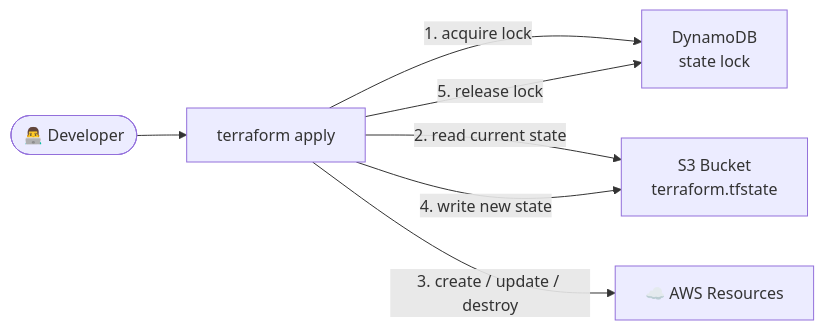
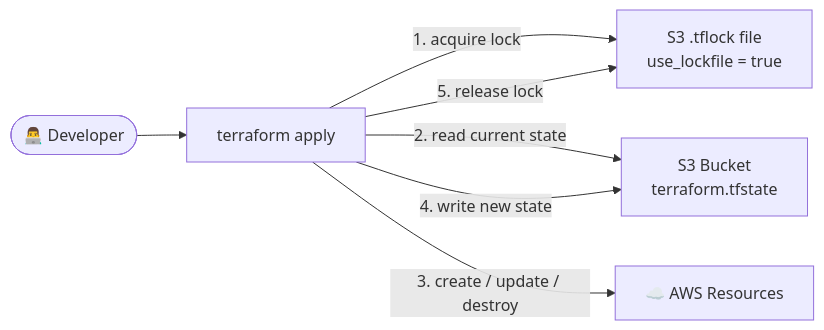
Before and after one commit to luzero-luvis/terraform-aws-vpc-lab: the sixth of 7 diagrams in README.md, drawn with Mermaid. The commit also changed other lines of this file and 5 other files, not shown here.

````diff
--- a/README.md
+++ b/README.md
@@ -116,15 +116,15 @@
 ```mermaid
 flowchart LR
     Dev(["👨‍💻 Developer"])
     TF["terraform apply"]
-    Lock["DynamoDB\nstate lock"]
+    Lock["S3 .tflock file\nuse_lockfile = true"]
     S3["S3 Bucket\nterraform.tfstate"]
     AWS["☁️ AWS Resources"]
 
     Dev --> TF
     TF -->|"1. acquire lock"| Lock
     TF -->|"2. read current state"| S3
     TF -->|"3. create / update / destroy"| AWS
     TF -->|"4. write new state"| S3
     TF -->|"5. release lock"| Lock
 ```
````
